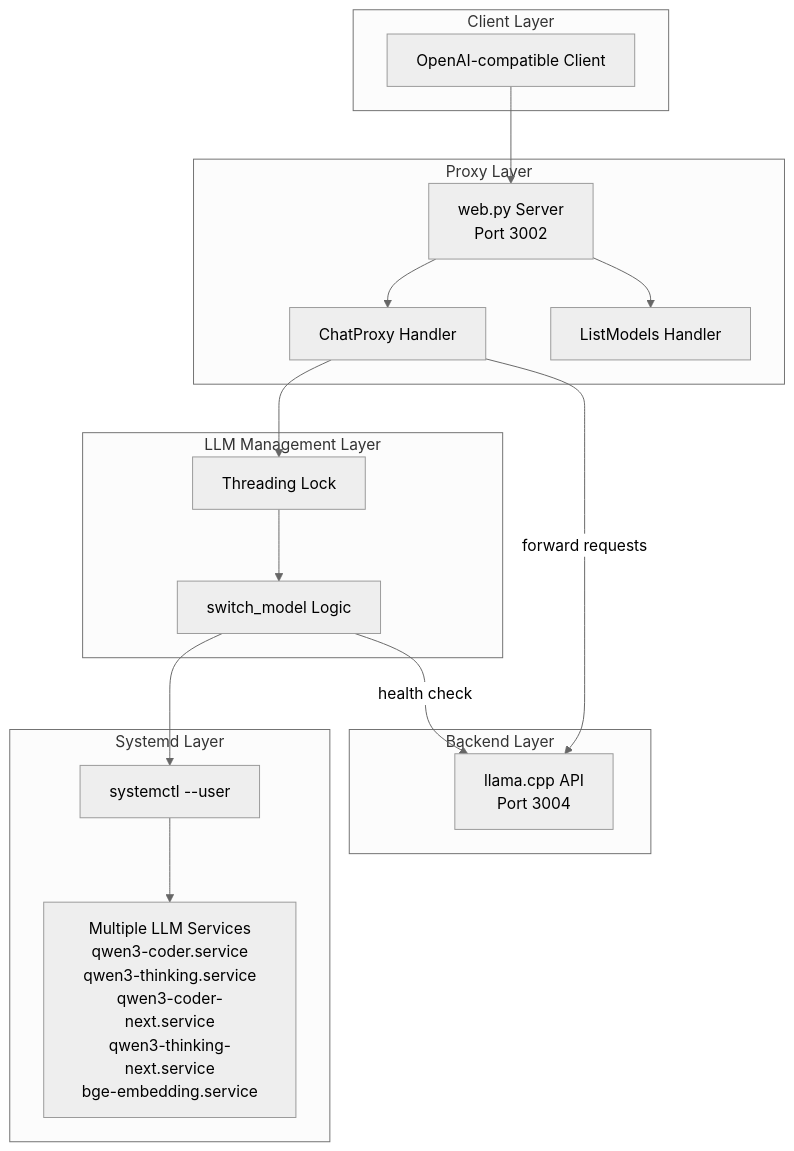
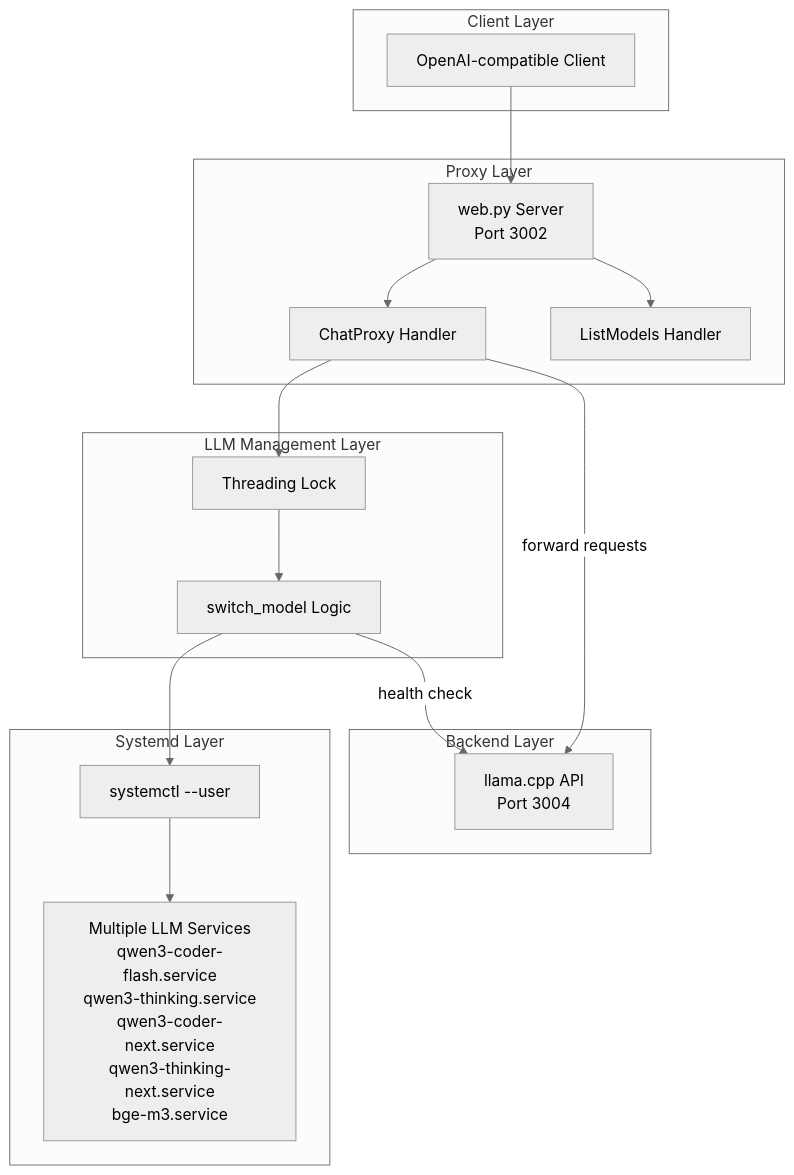
The diagram in README.md (ladislav-danis/systemd-llm-switch), drawn with Mermaid (neutral theme) before and after one commit. The commit also changed other lines of this file and 4 other files, not shown here.

````diff
--- a/README.md
+++ b/README.md
@@ -38,36 +38,36 @@
 ```mermaid
 flowchart TD
     subgraph "Client Layer"
         Client[OpenAI-compatible Client]
     end
     
     subgraph "Proxy Layer"
         WebPy[web.py Server<br/>Port 3002]
         ChatProxy[ChatProxy Handler]
         ListModels[ListModels Handler]
     end
     
     subgraph "LLM Management Layer"
         Lock[Threading Lock]
         Switcher[switch_model Logic]
     end
     
     subgraph "Systemd Layer"
         Systemctl[systemctl --user]
-        Services[Multiple LLM Services<br/>qwen3-coder.service<br/>qwen3-thinking.service<br/>qwen3-coder-next.service<br/>qwen3-thinking-next.service<br/>bge-embedding.service]
+        Services[Multiple LLM Services<br/>qwen3-coder-flash.service<br/>qwen3-thinking.service<br/>qwen3-coder-next.service<br/>qwen3-thinking-next.service<br/>bge-m3.service]
     end
     
     subgraph "Backend Layer"
         Llama[llama.cpp API<br/>Port 3004]
     end
     
     Client --> WebPy
     WebPy --> ChatProxy
     WebPy --> ListModels
     ChatProxy --> Lock
     Lock --> Switcher
     Switcher --> Systemctl
     Systemctl --> Services
     Switcher -->|health check| Llama
     ChatProxy -->|forward requests| Llama
 ```
````
